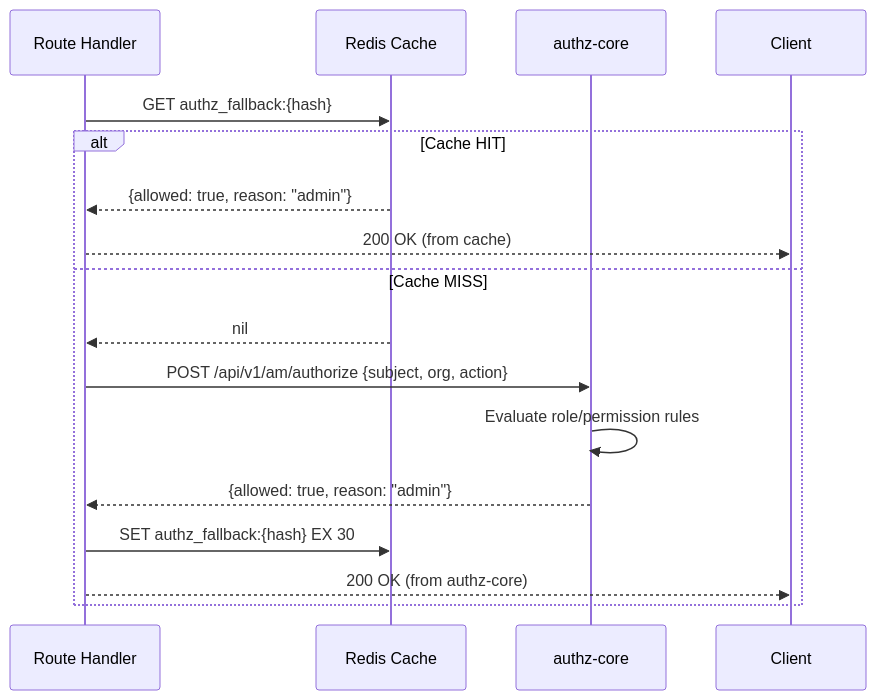
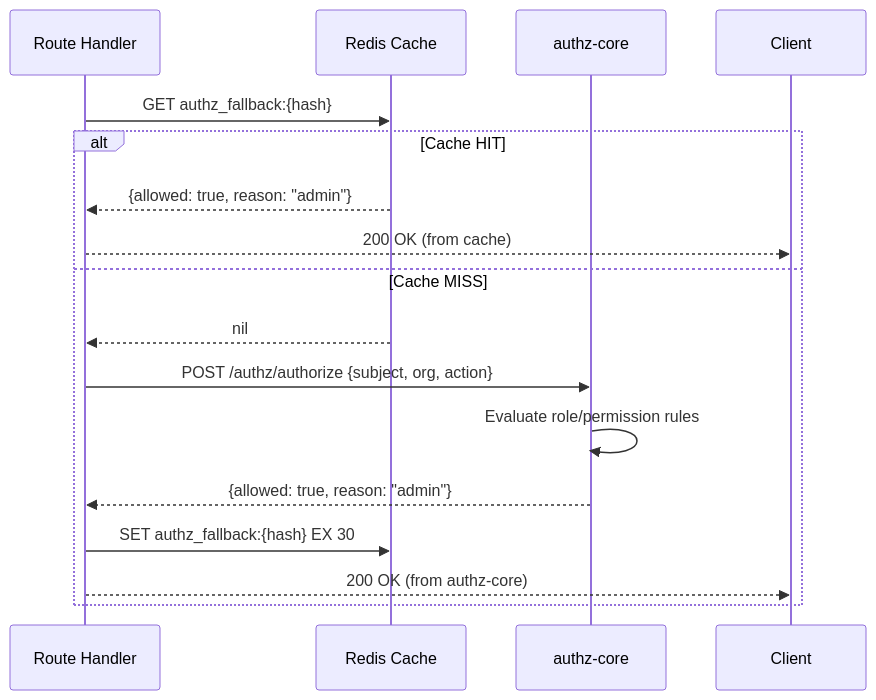
One commit to microscaler/sesame-idam changed the first of 3 diagrams in docs/Epics/07-caching-strategy/stories/story-7.2.md. Above: the diagram before and after it, drawn with Mermaid. The commit also changed other lines of this file and 15 other files, not shown here.

````diff
--- a/docs/Epics/07-caching-strategy/stories/story-7.2.md
+++ b/docs/Epics/07-caching-strategy/stories/story-7.2.md
@@ -107,19 +107,19 @@
 ```mermaid
 sequenceDiagram
     participant Handler as Route Handler
     participant Cache as Redis Cache
     participant Authz as authz-core
 
     Handler->>Cache: GET authz_fallback:{hash}
     alt Cache HIT
         Cache-->>Handler: {allowed: true, reason: "admin"}
         Handler-->>Client: 200 OK (from cache)
     else Cache MISS
         Cache-->>Handler: nil
-        Handler->>Authz: POST /api/v1/am/authorize {subject, org, action}
+        Handler->>Authz: POST /authz/authorize {subject, org, action}
         Authz->>Authz: Evaluate role/permission rules
         Authz-->>Handler: {allowed: true, reason: "admin"}
         Handler->>Cache: SET authz_fallback:{hash} EX 30
         Handler-->>Client: 200 OK (from authz-core)
     end
 ```
````
